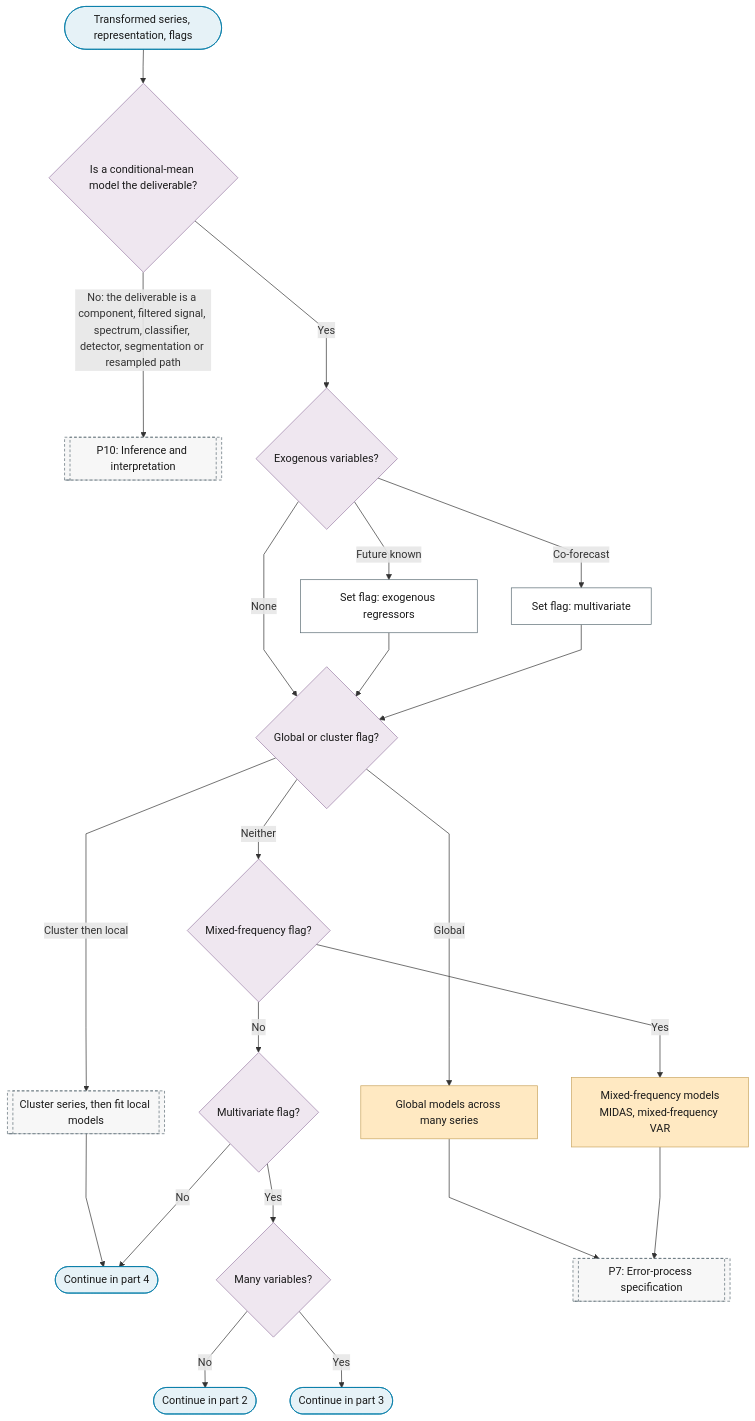
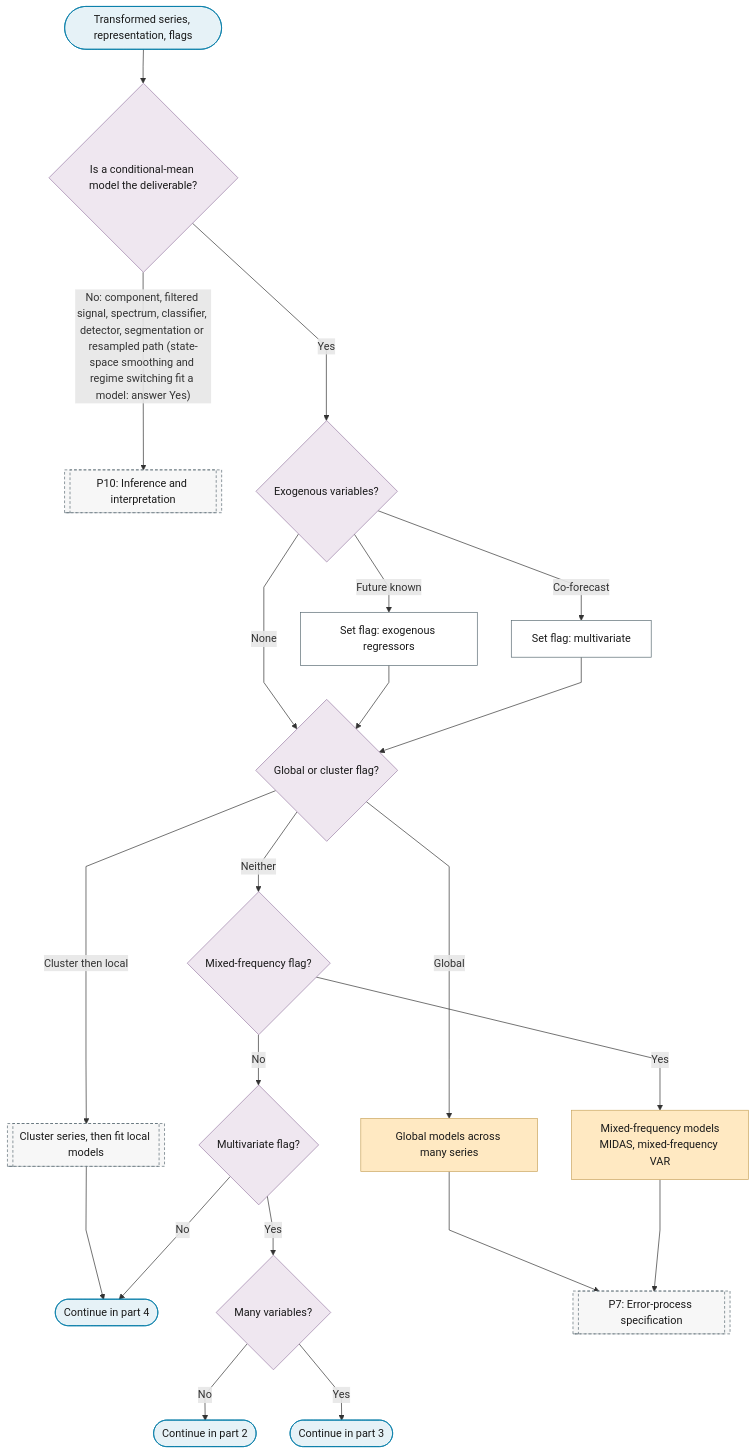
Before and after one commit to Shuxin-Y/time-series-analysis-manual: the first of 10 diagrams in docs/01-workflow/p06-mean-model-class.md, drawn with Mermaid.

Commit message:
fix(flowchart): the P6 entry's No edge names the exceptions that fit a model (rev1 R2-1)

````diff
--- a/docs/01-workflow/p06-mean-model-class.md
+++ b/docs/01-workflow/p06-mean-model-class.md
@@ -11,35 +11,35 @@
 ```mermaid
 %%{init: {"flowchart": {"curve": "linear"}}}%%
 graph TD
     P6_IN(["Transformed series, representation, flags"]) --> P6_MODEL_NEEDED{"Is a conditional-mean model the deliverable?"}
-    P6_MODEL_NEEDED -->|"No: the deliverable is a component, filtered signal, spectrum, classifier, detector, segmentation or resampled path"| P10[["P10: Inference and interpretation"]]
+    P6_MODEL_NEEDED -->|"No: component, filtered signal, spectrum, classifier, detector, segmentation or resampled path (state-space smoothing and regime switching fit a model: answer Yes)"| P10[["P10: Inference and interpretation"]]
     P6_MODEL_NEEDED -->|"Yes"| P6_EXOGENOUS{"Exogenous variables?"}
     P6_EXOGENOUS -->|"Future known"| P6_EXOG_FLAG["Set flag: exogenous regressors"]
     P6_EXOGENOUS -->|"Co-forecast"| P6_MULTI_FLAG["Set flag: multivariate"]
     P6_EXOGENOUS -->|"None"| P6_GLOBAL_Q
     P6_EXOG_FLAG & P6_MULTI_FLAG --> P6_GLOBAL_Q{"Global or cluster flag?"}
     P6_GLOBAL_Q -->|"Global"| P6_GLOBAL_MODELS["Global models across many series"]
     P6_GLOBAL_Q -->|"Cluster then local"| B7_CLUSTER_THEN_LOCAL[["Cluster series, then fit local models"]]
     P6_GLOBAL_Q -->|"Neither"| P6_MIXED_Q{"Mixed-frequency flag?"}
     B7_CLUSTER_THEN_LOCAL --> P6_TO_PART_4
     P6_MIXED_Q -->|"Yes"| P6_MIXED_FREQUENCY["Mixed-frequency models<br/>MIDAS, mixed-frequency VAR"]
     P6_MIXED_Q -->|"No"| P6_MULTI_Q{"Multivariate flag?"}
     P6_MULTI_Q -->|"Yes"| P6_MANY_Q{"Many variables?"}
     P6_MULTI_Q -->|"No"| P6_TO_PART_4(["Continue in part 4"])
     P6_MANY_Q -->|"No"| P6_TO_PART_2(["Continue in part 2"])
     P6_MANY_Q -->|"Yes"| P6_TO_PART_3(["Continue in part 3"])
     P6_GLOBAL_MODELS & P6_MIXED_FREQUENCY --> P7[["P7: Error-process specification"]]
     class P6_GLOBAL_MODELS,P6_MIXED_FREQUENCY escalate
     class P6_IN,P6_TO_PART_4,P6_TO_PART_2,P6_TO_PART_3 terminator
     class P6_MODEL_NEEDED,P6_EXOGENOUS,P6_GLOBAL_Q,P6_MIXED_Q,P6_MULTI_Q,P6_MANY_Q decision
     class P6_EXOG_FLAG,P6_MULTI_FLAG process
     class P10,B7_CLUSTER_THEN_LOCAL,P7 ref
     classDef terminator fill:#E6F2F7,stroke:#007BA7,color:#1A1A1A;
     classDef process fill:#FFFFFF,stroke:#5A6B73,color:#1A1A1A;
     classDef decision fill:#EFE7F0,stroke:#9B7FA7,color:#1A1A1A;
     classDef data fill:#FFF4E0,stroke:#C9A55E,color:#1A1A1A;
     classDef good fill:#DCEFD8,stroke:#4A7A3F,color:#1A1A1A;
     classDef escalate fill:#FFE9C2,stroke:#C9A55E,color:#1A1A1A;
     classDef problem fill:#F2D9DE,stroke:#800020,color:#1A1A1A;
     classDef ref fill:#F7F7F7,stroke:#5A6B73,color:#1A1A1A,stroke-dasharray:4 3;
 ```
````
